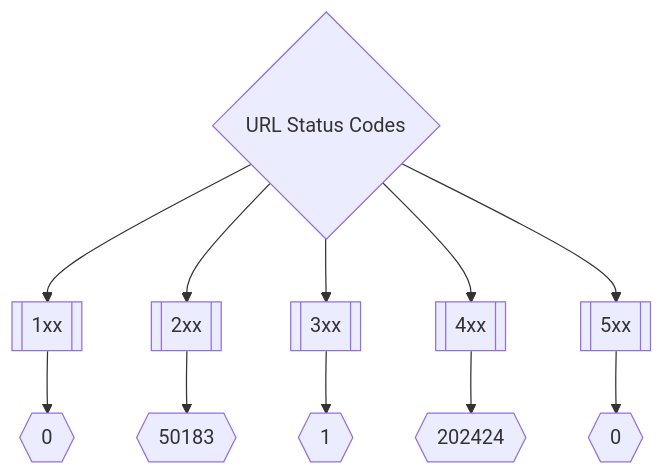
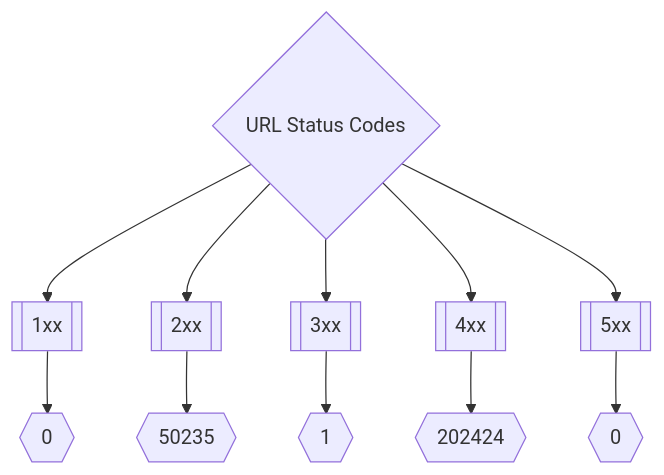
Before and after one commit to trickest/inventory: the second of 3 diagrams in README.md, drawn with Mermaid. The commit also changed other lines of this file, not shown here.

````diff
--- a/README.md
+++ b/README.md
@@ -173,8 +173,8 @@
 ```mermaid
 graph TD
 title{URL Status Codes} --> 1xx[[1xx]] --> status1xxNum{{0}}
-title --> 2xx[[2xx]] --> status2xxNum{{50183}}
+title --> 2xx[[2xx]] --> status2xxNum{{50235}}
 title --> 3xx[[3xx]] --> status3xxNum{{1}}
 title --> 4xx[[4xx]] --> status4xxNum{{202424}}
 title --> 5xx[[5xx]] --> status5xxNum{{0}}
 ```
````
